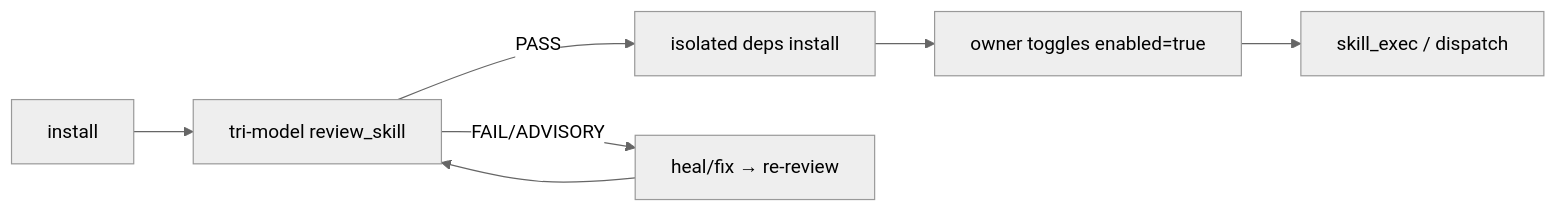
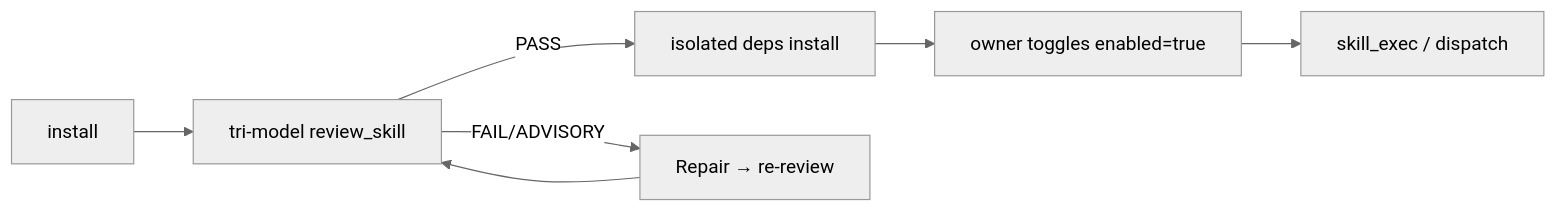
Before and after one commit to kazzand/ouroboros-desktop: the diagram in docs/CREATING_SKILLS.md, drawn with Mermaid (neutral theme). The commit also changed other lines of this file and 45 other files, not shown here.

````diff
--- a/docs/CREATING_SKILLS.md
+++ b/docs/CREATING_SKILLS.md
@@ -100,9 +106,9 @@
 ```mermaid
 flowchart LR
     install[install] --> review[tri-model review_skill]
     review -- PASS --> deps[isolated deps install]
     deps --> enable[owner toggles enabled=true]
     enable --> execute[skill_exec / dispatch]
-    review -- FAIL/ADVISORY --> heal[heal/fix → re-review]
-    heal --> review
+    review -- FAIL/ADVISORY --> repair[Repair → re-review]
+    repair --> review
 ```
````
